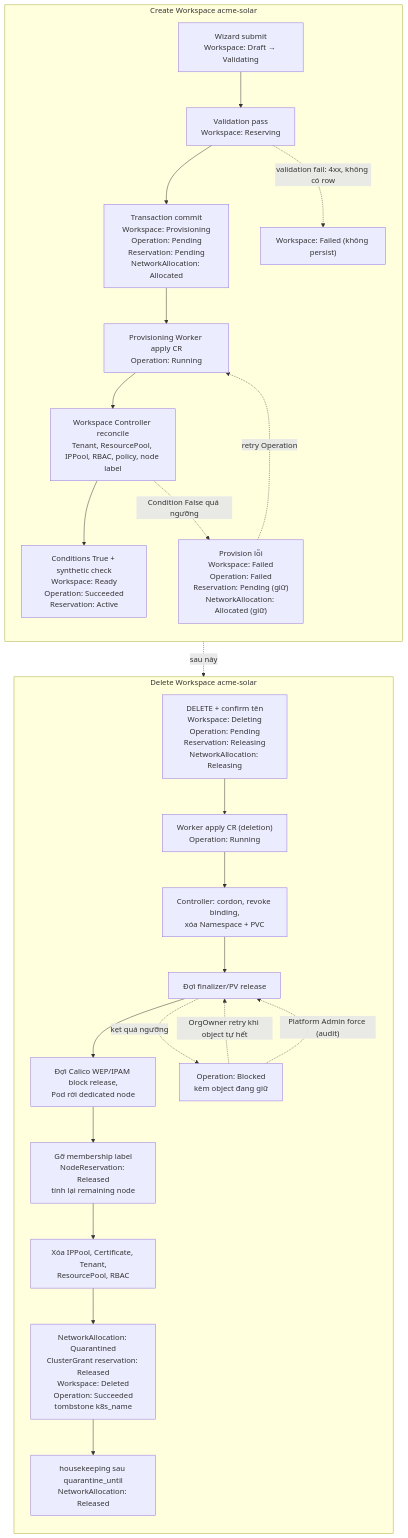
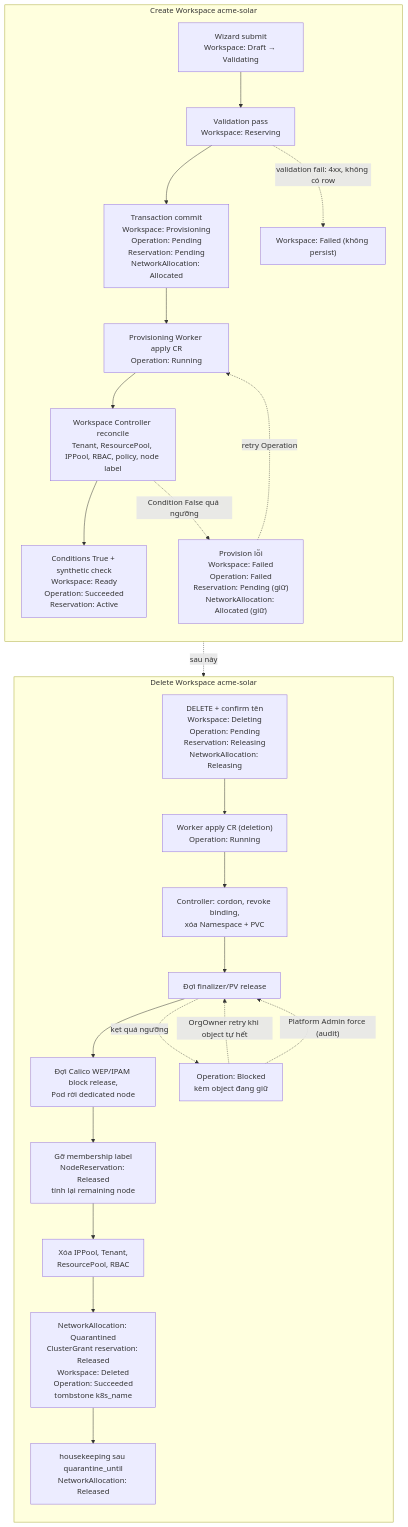
One commit to thaihoc1310/tenantry changed diagram 14 of 15 in docs/architecture/04-state-machines.md. Above: the diagram before and after it, drawn with Mermaid. The commit also changed other lines of this file and 10 other files, not shown here.

````diff
--- a/docs/architecture/04-state-machines.md
+++ b/docs/architecture/04-state-machines.md
@@ -490,37 +524,37 @@
 ```mermaid
 flowchart TB
   subgraph CREATE["Create Workspace acme-solar"]
     direction TB
     C1["Wizard submit<br/>Workspace: Draft → Validating"]
     C2["Validation pass<br/>Workspace: Reserving"]
     C3["Transaction commit<br/>Workspace: Provisioning<br/>Operation: Pending<br/>Reservation: Pending<br/>NetworkAllocation: Allocated"]
     C4["Provisioning Worker apply CR<br/>Operation: Running"]
     C5["Workspace Controller reconcile<br/>Tenant, ResourcePool, IPPool, RBAC, policy, node label"]
     C6["Conditions True + synthetic check<br/>Workspace: Ready<br/>Operation: Succeeded<br/>Reservation: Active"]
     C7["Provision lỗi<br/>Workspace: Failed<br/>Operation: Failed<br/>Reservation: Pending (giữ)<br/>NetworkAllocation: Allocated (giữ)"]
     C1 --> C2 --> C3 --> C4 --> C5 --> C6
     C5 -.->|"Condition False quá ngưỡng"| C7
     C7 -.->|"retry Operation"| C4
     C2 -.->|"validation fail: 4xx, không có row"| CX["Workspace: Failed (không persist)"]
   end
 
   subgraph DELETE["Delete Workspace acme-solar"]
     direction TB
     D1["DELETE + confirm tên<br/>Workspace: Deleting<br/>Operation: Pending<br/>Reservation: Releasing<br/>NetworkAllocation: Releasing"]
     D2["Worker apply CR (deletion)<br/>Operation: Running"]
     D3["Controller: cordon, revoke binding,<br/>xóa Namespace + PVC"]
     D4["Đợi finalizer/PV release"]
     D5["Đợi Calico WEP/IPAM block release,<br/>Pod rời dedicated node"]
     D6["Gỡ membership label<br/>NodeReservation: Released<br/>tính lại remaining node"]
-    D7["Xóa IPPool, Certificate, Tenant,<br/>ResourcePool, RBAC"]
+    D7["Xóa IPPool, Tenant,<br/>ResourcePool, RBAC"]
     D8["NetworkAllocation: Quarantined<br/>ClusterGrant reservation: Released<br/>Workspace: Deleted<br/>Operation: Succeeded<br/>tombstone k8s_name"]
     D9["housekeeping sau quarantine_until<br/>NetworkAllocation: Released"]
     DB["Operation: Blocked<br/>kèm object đang giữ"]
     D1 --> D2 --> D3 --> D4 --> D5 --> D6 --> D7 --> D8 --> D9
     D4 -.->|"kẹt quá ngưỡng"| DB
     DB -.->|"OrgOwner retry khi object tự hết"| D4
     DB -.->|"Platform Admin force (audit)"| D4
   end
 
   C6 -.->|"sau này"| D1
 ```
````
